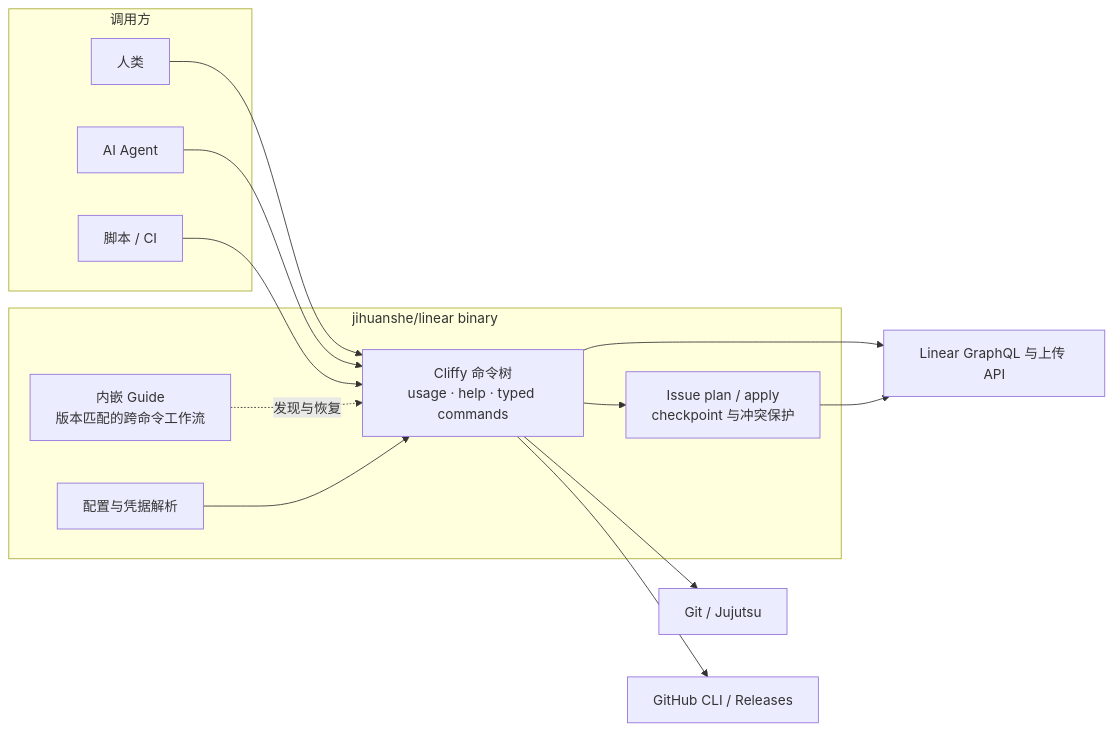
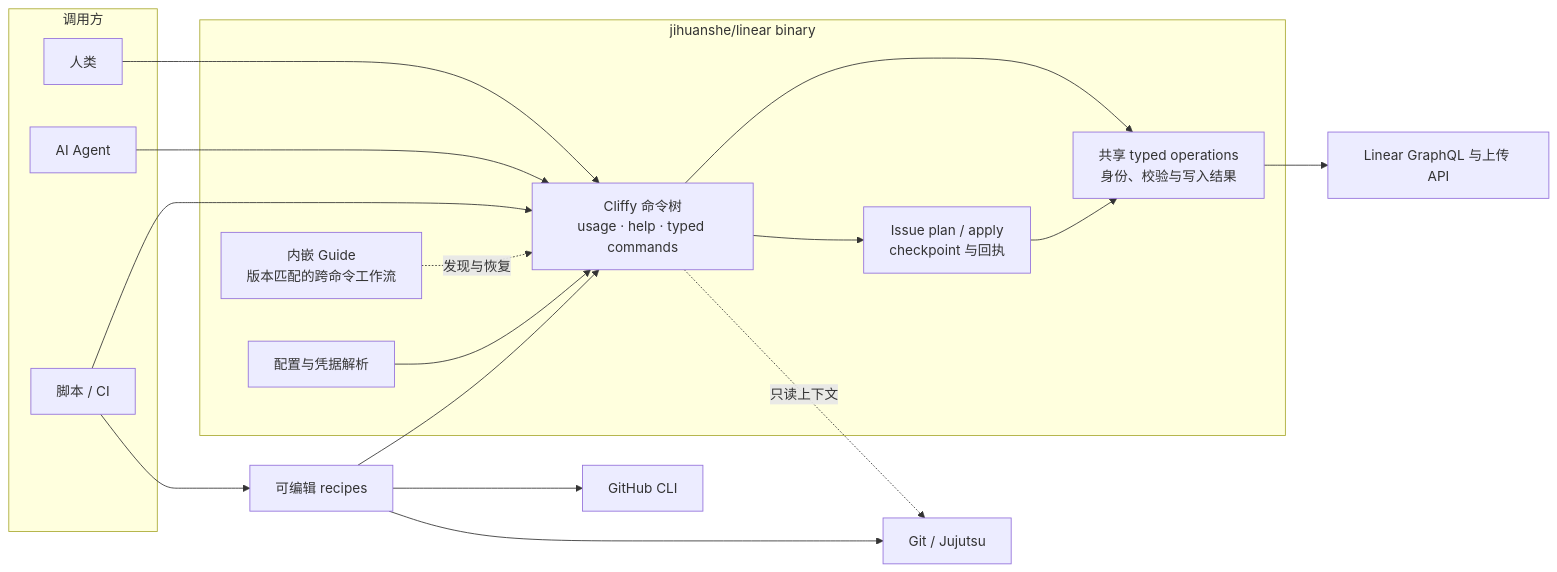
The first of 2 diagrams in README.md (jihuanshe/linear), drawn with Mermaid before and after one commit. The commit also changed other lines of this file and 187 other files, not shown here.

````diff
--- a/README.md
+++ b/README.md
@@ -12,30 +12,36 @@
 ```mermaid
 flowchart LR
   subgraph callers["调用方"]
     human["人类"]
     agent["AI Agent"]
     ci["脚本 / CI"]
   end
 
   subgraph binary["jihuanshe/linear binary"]
     commands["Cliffy 命令树<br/>usage · help · typed commands"]
     guides["内嵌 Guide<br/>版本匹配的跨命令工作流"]
     config["配置与凭据解析"]
-    delivery["Issue plan / apply<br/>checkpoint 与冲突保护"]
+    operations["共享 typed operations<br/>身份、校验与写入结果"]
+    delivery["Issue plan / apply<br/>checkpoint 与回执"]
   end
 
   linear["Linear GraphQL 与上传 API"]
   vcs["Git / Jujutsu"]
-  github["GitHub CLI / Releases"]
+  recipes["可编辑 recipes"]
+  github["GitHub CLI"]
 
   human --> commands
   agent --> commands
   ci --> commands
   guides -. "发现与恢复" .-> commands
   config --> commands
-  commands --> linear
+  commands --> operations
   commands --> delivery
-  delivery --> linear
-  commands --> vcs
-  commands --> github
+  delivery --> operations
+  operations --> linear
+  commands -. "只读上下文" .-> vcs
+  ci --> recipes
+  recipes --> commands
+  recipes --> vcs
+  recipes --> github
 ```
````
